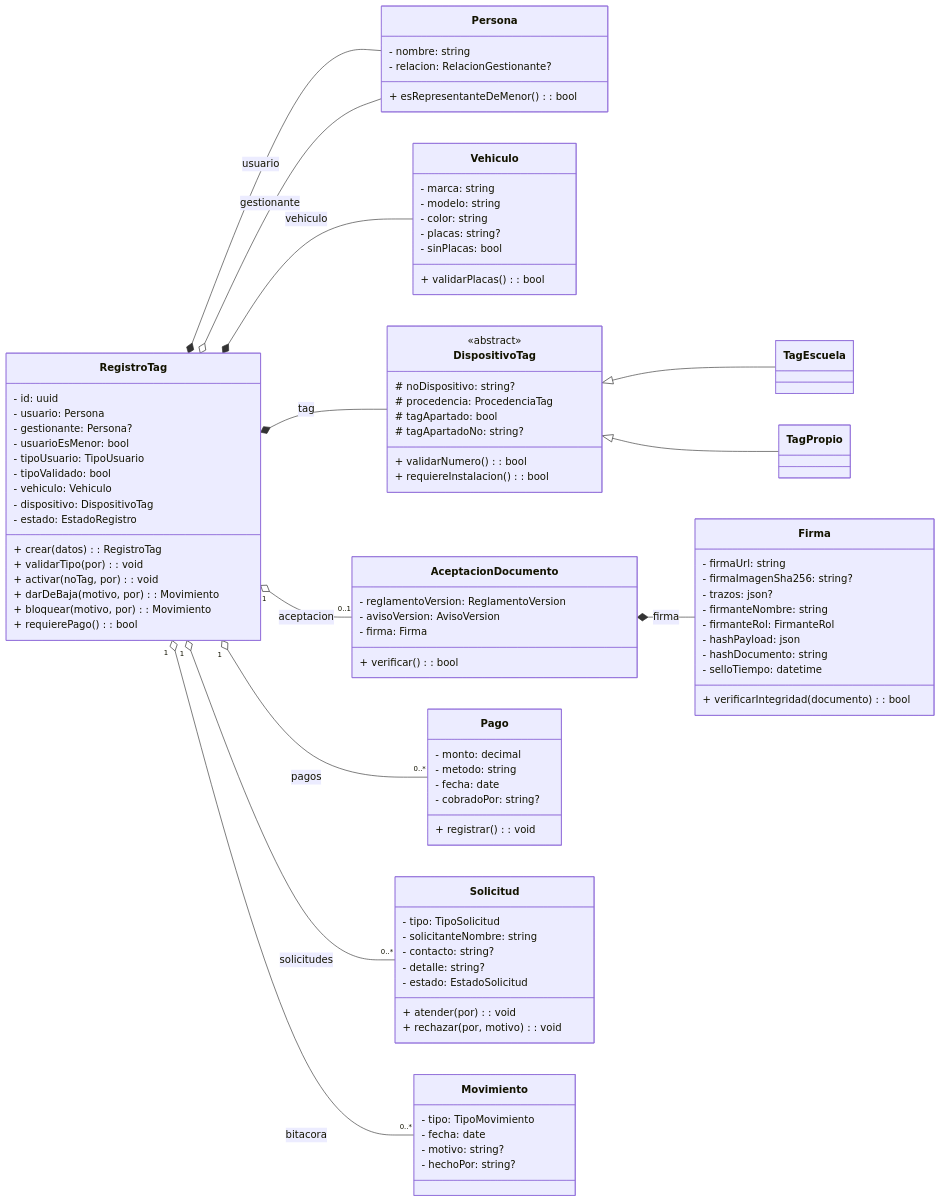
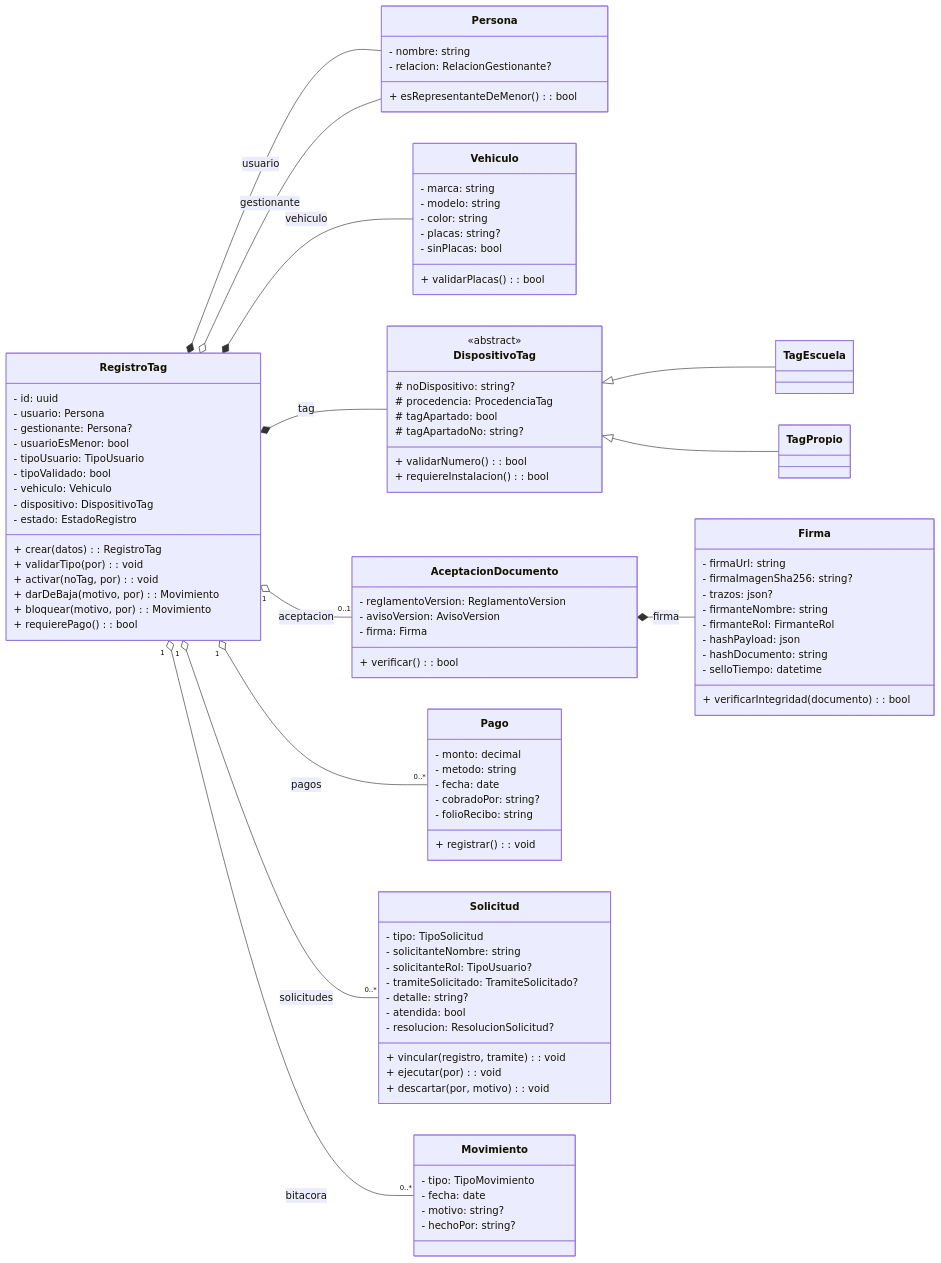
Before and after one commit to Proyectos-Web-IAQ/SATAG: the diagram in Desarrollo/02 - Modelo de Dominio POO.md, drawn with Mermaid. The commit also changed other lines of this file and 24 other files, not shown here.

```diff
--- a/Desarrollo/02 - Modelo de Dominio POO.md
+++ b/Desarrollo/02 - Modelo de Dominio POO.md
@@ -91,17 +91,21 @@
         - metodo: string
         - fecha: date
         - cobradoPor: string?
+        - folioRecibo: string
         + registrar(): void
     }
 
     class Solicitud {
         - tipo: TipoSolicitud
         - solicitanteNombre: string
-        - contacto: string?
+        - solicitanteRol: TipoUsuario?
+        - tramiteSolicitado: TramiteSolicitado?
         - detalle: string?
-        - estado: EstadoSolicitud
-        + atender(por): void
-        + rechazar(por, motivo): void
+        - atendida: bool
+        - resolucion: ResolucionSolicitud?
+        + vincular(registro, tramite): void
+        + ejecutar(por): void
+        + descartar(por, motivo): void
     }
 
     class Movimiento {
```
